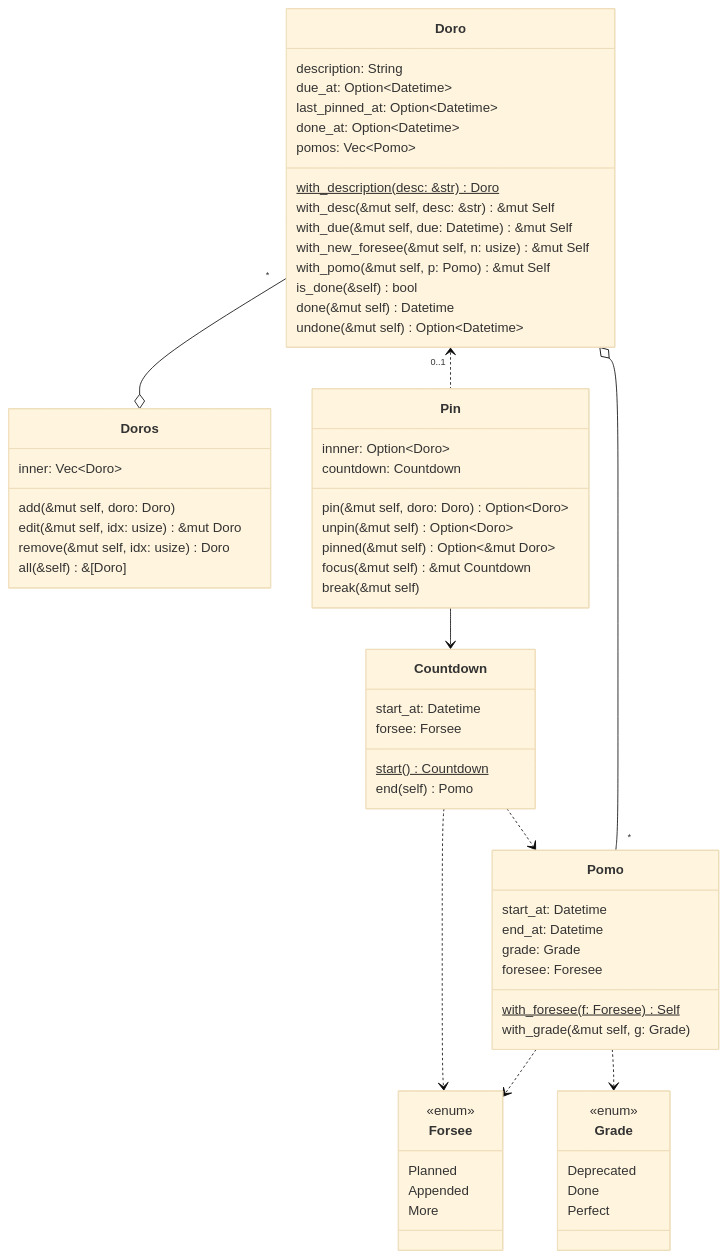
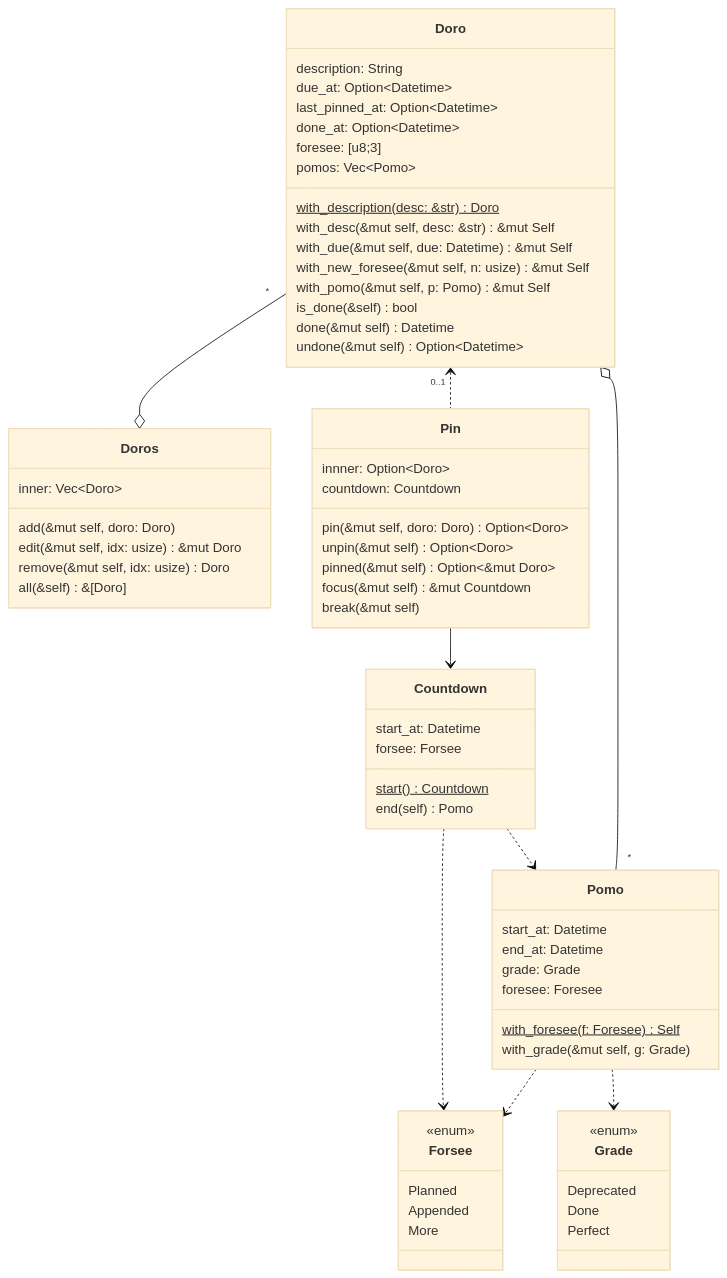
The third of 4 diagrams in src/pomo_doro/pomo.md (huangjj27/huangjj27.github.io), drawn with Mermaid (base theme) before and after one commit.

Commit message:
sprint-0.0.2(pomo): 调整 doro 字段，以适应新的番茄设计

````diff
--- a/src/pomo_doro/pomo.md
+++ b/src/pomo_doro/pomo.md
@@ -49,75 +49,76 @@
 ```mermaid
 classDiagram
     Doro "*" --o Doros
     Doro "0..1" <.. Pin
     Countdown ..> Forsee
     Pomo ..> Grade
     Pomo ..> Forsee
     Countdown ..> Pomo
     Pomo "*" --o Doro
     Pin --> Countdown
 
     class Doro {
         description: String
         due_at: Option~Datetime~
         last_pinned_at: Option~Datetime~
         done_at: Option~Datetime~
+        foresee: [u8;3]
         pomos: Vec~Pomo~
         with_description(desc: &str) Doro$
         with_desc(&mut self, desc: &str) &mut Self
         with_due(&mut self, due: Datetime) &mut Self
         with_new_foresee(&mut self, n: usize) &mut Self
         with_pomo(&mut self, p: Pomo) &mut Self
         is_done(&self) bool
         done(&mut self) Datetime
         undone(&mut self) Option~Datetime~
     }
 
     class Doros {
         inner: Vec~Doro~
         add(&mut self, doro: Doro)
         edit(&mut self, idx: usize) &mut Doro
         remove(&mut self, idx: usize) Doro
         all(&self) &[Doro]
     }
 
     class Pin {
         innner: Option~Doro~
         countdown: Countdown
         pin(&mut self, doro: Doro) Option~Doro~
         unpin(&mut self) Option~Doro~
         pinned(&mut self) Option~&mut Doro~
         focus(&mut self) &mut Countdown
         break(&mut self)
     }
 
     class Pomo {
         start_at: Datetime
         end_at: Datetime
         grade: Grade
         foresee: Foresee
         with_foresee(f: Foresee) Self$
         with_grade(&mut self, g: Grade)
     }
 
     class Grade {
         <<enum>>
         Deprecated
         Done
         Perfect
     }
 
     class Forsee {
         <<enum>>
         Planned
         Appended
         More
     }
 
     class Countdown {
         start_at: Datetime
         forsee: Forsee
         start() Countdown$
         end(self) Pomo
     }
 ```
````
